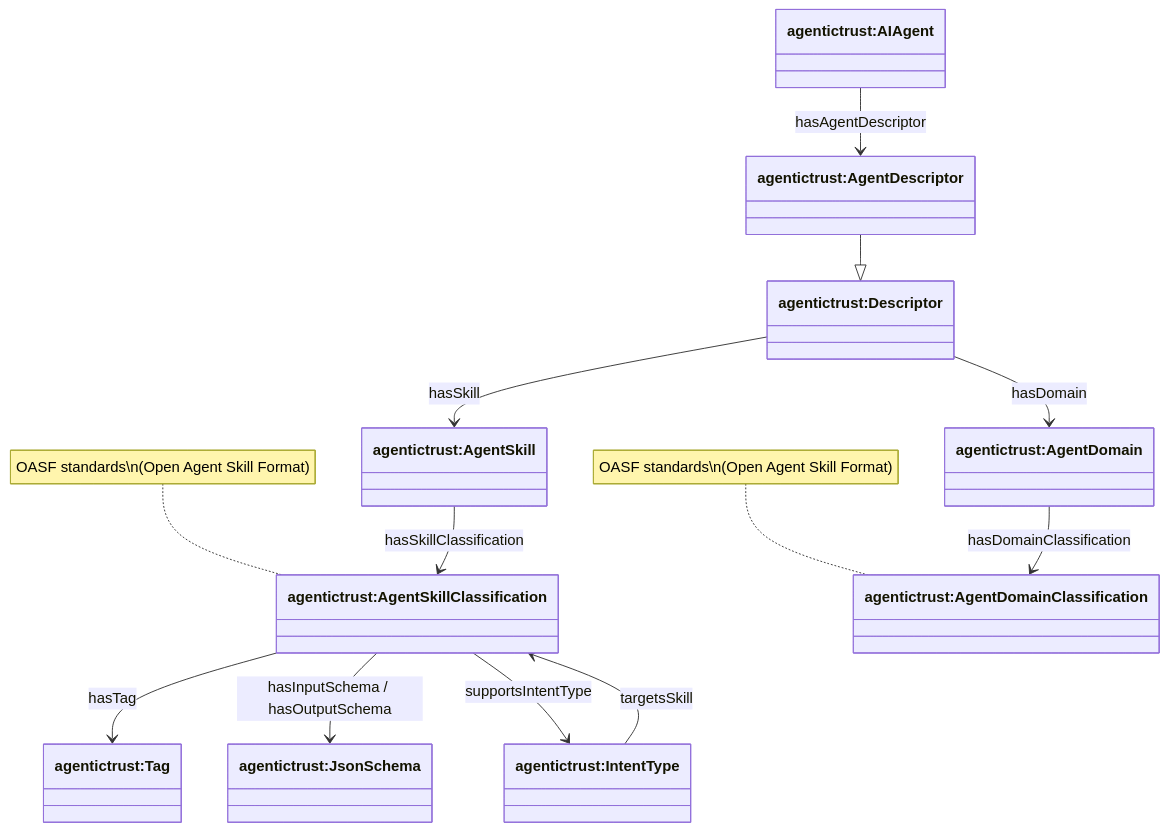
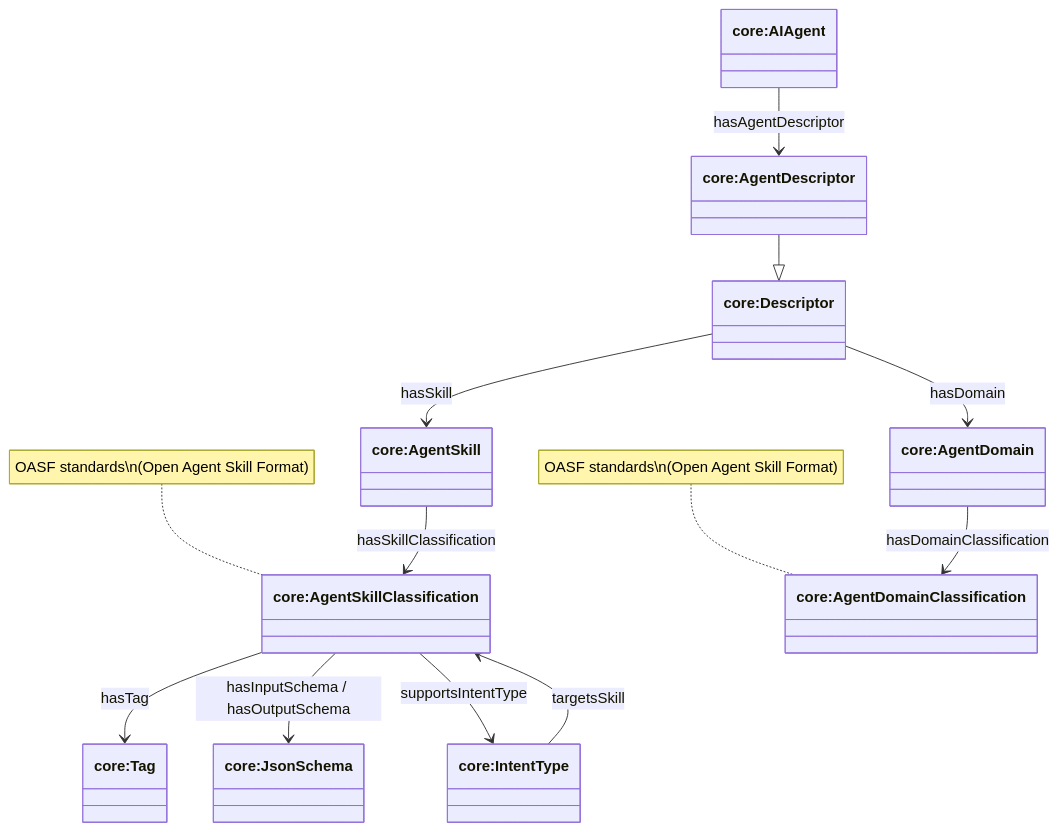
The first of 2 diagrams in docs/ontology/skills-domains.md (Agentic-Trust-Layer/agent-explorer), drawn with Mermaid before and after one commit. The commit also changed other lines of this file and 49 other files, not shown here.

````diff
--- a/docs/ontology/skills-domains.md
+++ b/docs/ontology/skills-domains.md
@@ -33,31 +33,31 @@
 ```mermaid
 classDiagram
 direction TB
 
-class AIAgent["agentictrust:AIAgent"]
-class Descriptor["agentictrust:Descriptor"]
-class AgentDescriptor["agentictrust:AgentDescriptor"]
-class AgentSkill["agentictrust:AgentSkill"]
-class AgentSkillClassification["agentictrust:AgentSkillClassification"]
-class AgentDomain["agentictrust:AgentDomain"]
-class AgentDomainClassification["agentictrust:AgentDomainClassification"]
-class Tag["agentictrust:Tag"]
-class JsonSchema["agentictrust:JsonSchema"]
-class IntentType["agentictrust:IntentType"]
+class AIAgent["core:AIAgent"]
+class Descriptor["core:Descriptor"]
+class AgentDescriptor["core:AgentDescriptor"]
+class AgentSkill["core:AgentSkill"]
+class AgentSkillClassification["core:AgentSkillClassification"]
+class AgentDomain["core:AgentDomain"]
+class AgentDomainClassification["core:AgentDomainClassification"]
+class Tag["core:Tag"]
+class JsonSchema["core:JsonSchema"]
+class IntentType["core:IntentType"]
 
 AIAgent --> AgentDescriptor : hasAgentDescriptor
 AgentDescriptor --|> Descriptor
 
 Descriptor --> AgentSkill : hasSkill
 AgentSkill --> AgentSkillClassification : hasSkillClassification
 Descriptor --> AgentDomain : hasDomain
 AgentDomain --> AgentDomainClassification : hasDomainClassification
 
 AgentSkillClassification --> Tag : hasTag
 AgentSkillClassification --> JsonSchema : hasInputSchema / hasOutputSchema
 AgentSkillClassification --> IntentType : supportsIntentType
 IntentType --> AgentSkillClassification : targetsSkill
 
 note for AgentSkillClassification "OASF standards\n(Open Agent Skill Format)"
 note for AgentDomainClassification "OASF standards\n(Open Agent Skill Format)"
 ```
````
